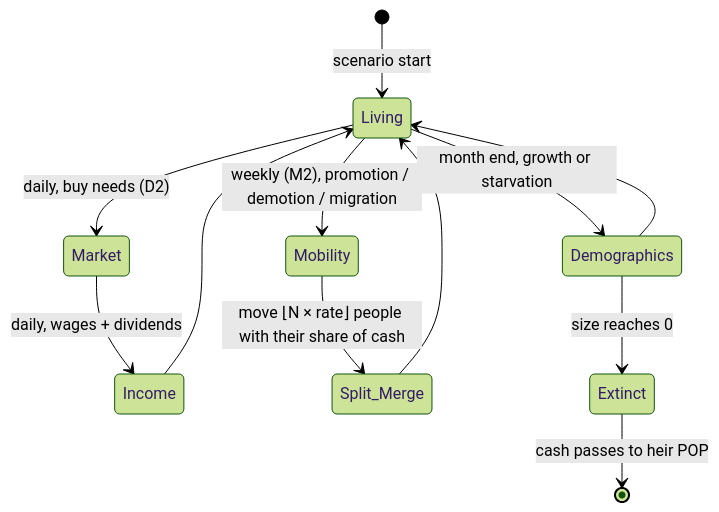
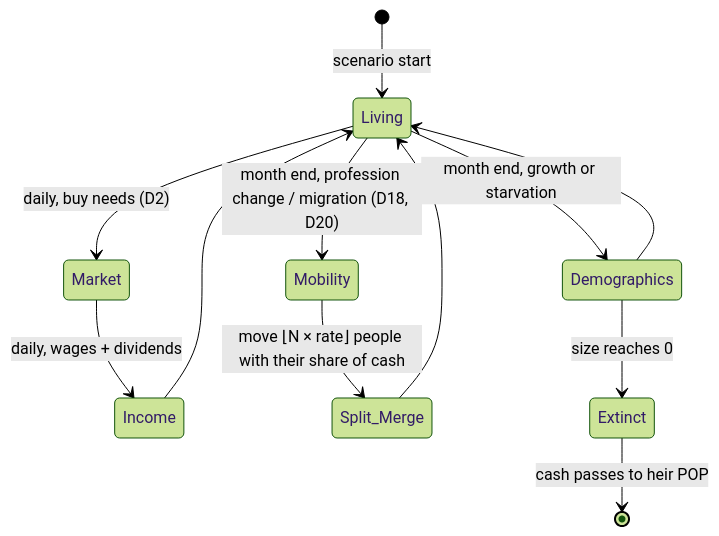
The first of 2 diagrams in docs/POP_SYSTEM.md (thomasclarkpersonal-sketch/Iron-and-Blood), drawn with Mermaid (forest theme) before and after one commit. The commit also changed 4 other files, not shown here.

````diff
--- a/docs/POP_SYSTEM.md
+++ b/docs/POP_SYSTEM.md
@@ -22,14 +22,14 @@
 ```mermaid
 stateDiagram-v2
     [*] --> Living : scenario start
     Living --> Market : daily, buy needs (D2)
     Market --> Income : daily, wages + dividends
     Income --> Living
-    Living --> Mobility : weekly (M2), promotion / demotion / migration
+    Living --> Mobility : month end, profession change / migration (D18, D20)
     Mobility --> Split_Merge : move ⌊N × rate⌋ people with their share of cash
     Split_Merge --> Living
     Living --> Demographics : month end, growth or starvation
     Demographics --> Living
     Demographics --> Extinct : size reaches 0
     Extinct --> [*] : cash passes to heir POP
 ```
````
